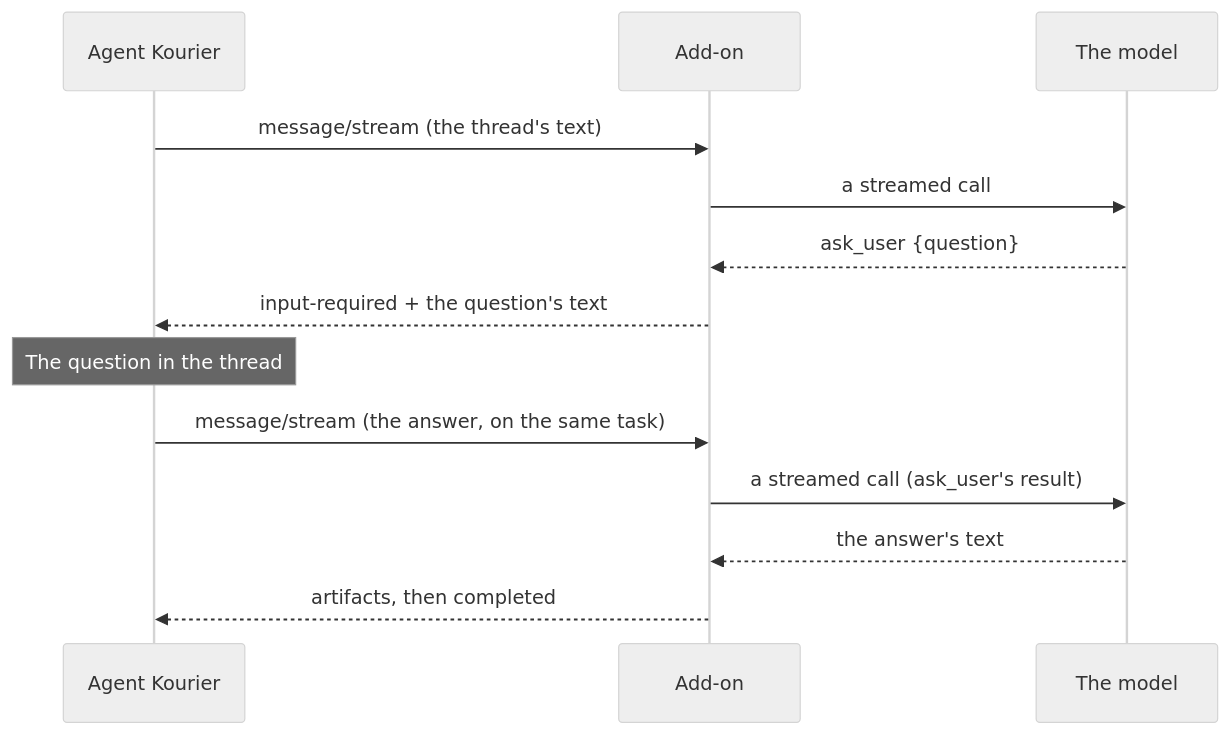
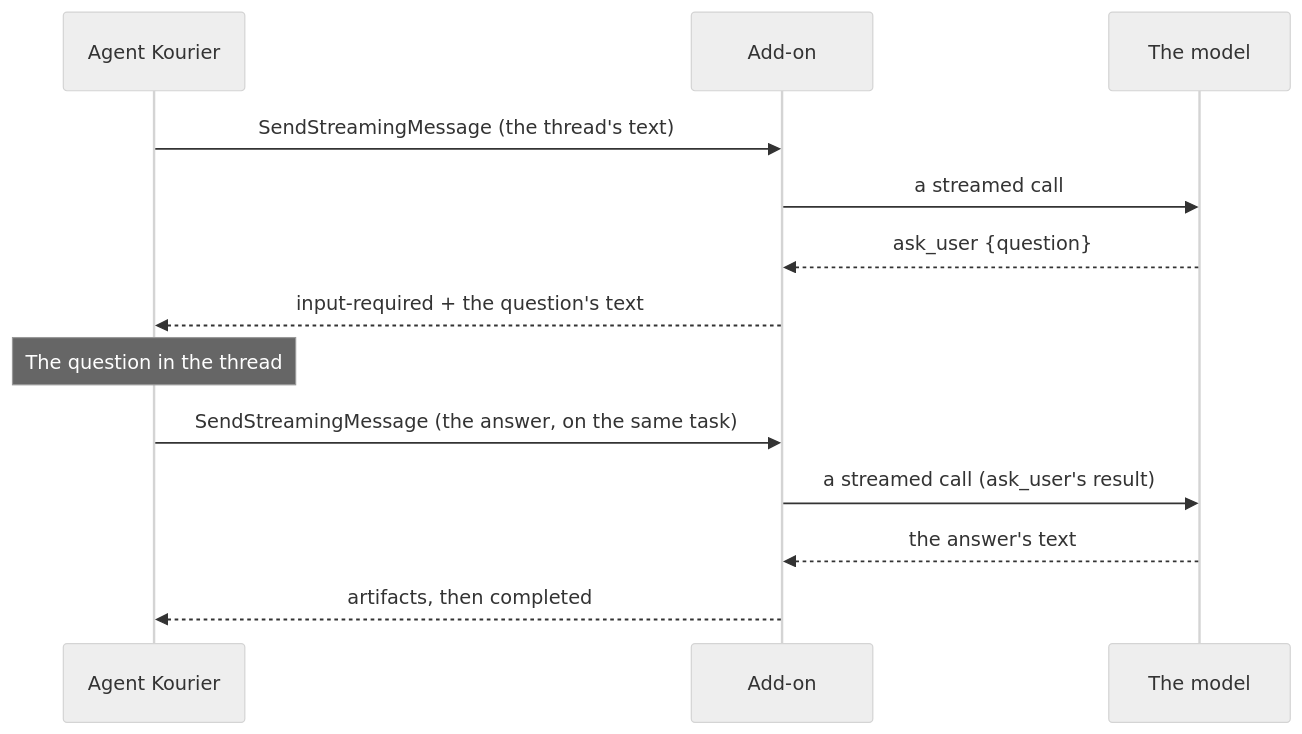
One commit to agentkourier/agent-kourier changed the second of 2 diagrams in docs/reference/ax.md. Above: the diagram before and after it, drawn with Mermaid (neutral theme). The commit also changed other lines of this file and 10 other files, not shown here.

````diff
--- a/docs/reference/ax.md
+++ b/docs/reference/ax.md
@@ -49,16 +49,16 @@
 ```mermaid
 sequenceDiagram
   participant K as Agent Kourier
   participant A as Add-on
   participant M as The model
 
-  K->>A: message/stream (the thread's text)
+  K->>A: SendStreamingMessage (the thread's text)
   A->>M: a streamed call
   M-->>A: ask_user {question}
   A-->>K: input-required + the question's text
   Note over K: The question in the thread
-  K->>A: message/stream (the answer, on the same task)
+  K->>A: SendStreamingMessage (the answer, on the same task)
   A->>M: a streamed call (ask_user's result)
   M-->>A: the answer's text
   A-->>K: artifacts, then completed
 ```
````
